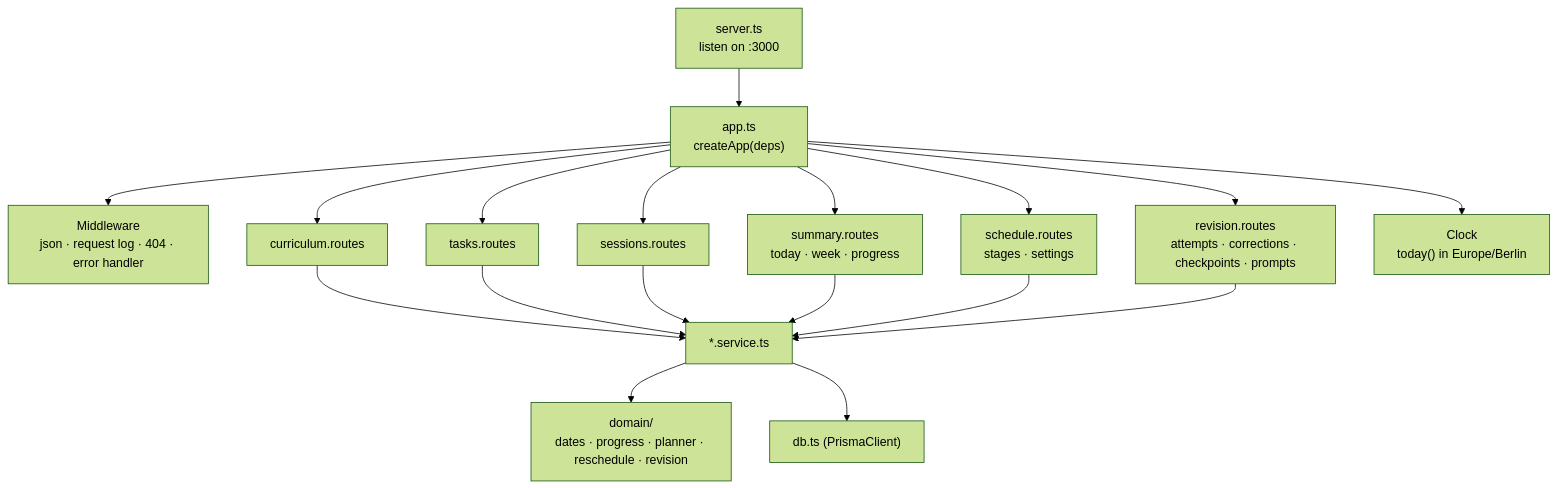
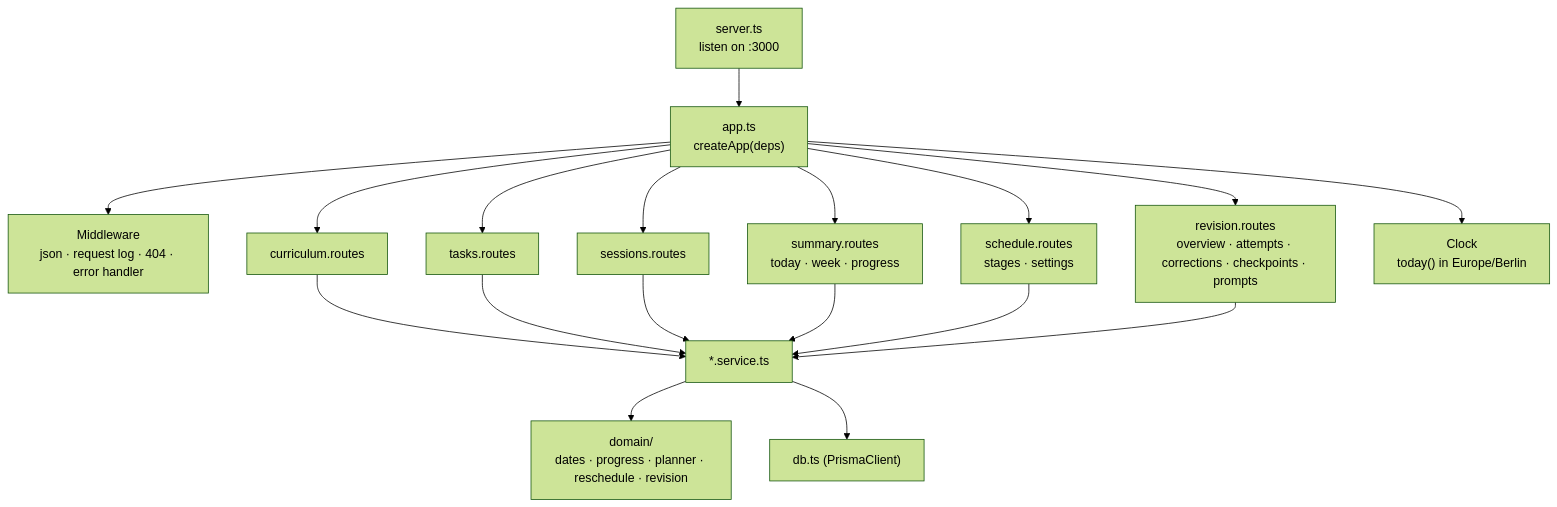
One commit to Abinash-Anand/Blueprint changed the fourth of 10 diagrams in docs/HLD.md. Above: the diagram before and after it, drawn with Mermaid (forest theme). The commit also changed other lines of this file and 20 other files, not shown here.

````diff
--- a/docs/HLD.md
+++ b/docs/HLD.md
@@ -114,15 +116,15 @@
 ```mermaid
 flowchart TB
   SRV["server.ts<br/>listen on :3000"] --> APP["app.ts<br/>createApp(deps)"]
   APP --> MW["Middleware<br/>json · request log · 404 · error handler"]
   APP --> R1["curriculum.routes"]
   APP --> R2["tasks.routes"]
   APP --> R3["sessions.routes"]
   APP --> R4["summary.routes<br/>today · week · progress"]
   APP --> R5["schedule.routes<br/>stages · settings"]
-  APP --> R6["revision.routes<br/>attempts · corrections · checkpoints · prompts"]
+  APP --> R6["revision.routes<br/>overview · attempts · corrections · checkpoints · prompts"]
   R1 & R2 & R3 & R4 & R5 & R6 --> S["*.service.ts"]
   S --> D["domain/<br/>dates · progress · planner · reschedule · revision"]
   S --> P["db.ts (PrismaClient)"]
   APP --> CLK["Clock<br/>today() in Europe/Berlin"]
 ```
````
